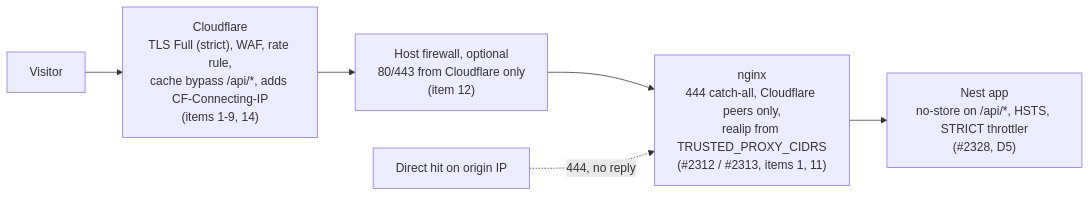
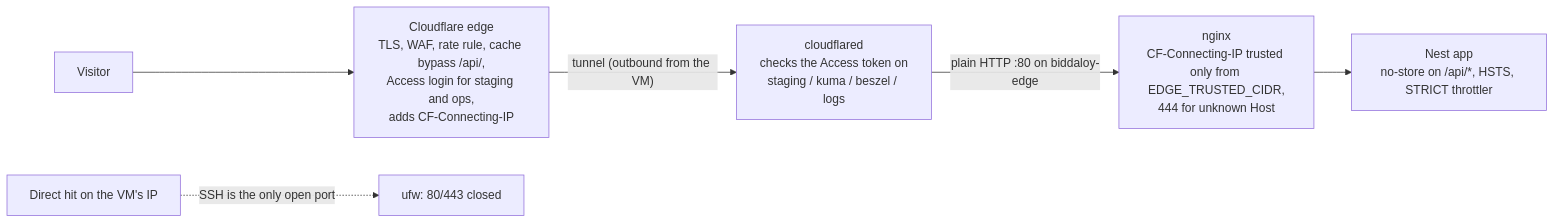
Before and after one commit to tareq89/biddaloy: the first of 3 diagrams in docs/architecture/25-cloudflare.md, drawn with Mermaid. The commit also changed other lines of this file and 9 other files, not shown here.

````diff
--- a/docs/architecture/25-cloudflare.md
+++ b/docs/architecture/25-cloudflare.md
@@ -13,8 +18,8 @@
 ```mermaid
 flowchart LR
-  V["Visitor"] --> CF["Cloudflare<br/>TLS Full (strict), WAF, rate rule,<br/>cache bypass /api/*, adds CF-Connecting-IP<br/>(items 1-9, 14)"]
-  CF --> FW["Host firewall, optional<br/>80/443 from Cloudflare only<br/>(item 12)"]
-  FW --> N["nginx<br/>444 catch-all, Cloudflare peers only,<br/>realip from TRUSTED_PROXY_CIDRS<br/>(#2312 / #2313, items 1, 11)"]
-  N --> A["Nest app<br/>no-store on /api/*, HSTS, STRICT throttler<br/>(#2328, D5)"]
-  X["Direct hit on origin IP"] -. "444, no reply" .-> N
+  V["Visitor"] --> CF["Cloudflare edge<br/>TLS, WAF, rate rule, cache bypass /api/,<br/>Access login for staging and ops,<br/>adds CF-Connecting-IP"]
+  CF -->|"tunnel (outbound from the VM)"| CD["cloudflared<br/>checks the Access token on<br/>staging / kuma / beszel / logs"]
+  CD -->|"plain HTTP :80 on biddaloy-edge"| N["nginx<br/>CF-Connecting-IP trusted only from EDGE_TRUSTED_CIDR,<br/>444 for unknown Host"]
+  N --> A["Nest app<br/>no-store on /api/*, HSTS, STRICT throttler"]
+  X["Direct hit on the VM's IP"] -. "SSH is the only open port" .-> VM["ufw: 80/443 closed"]
 ```
````
